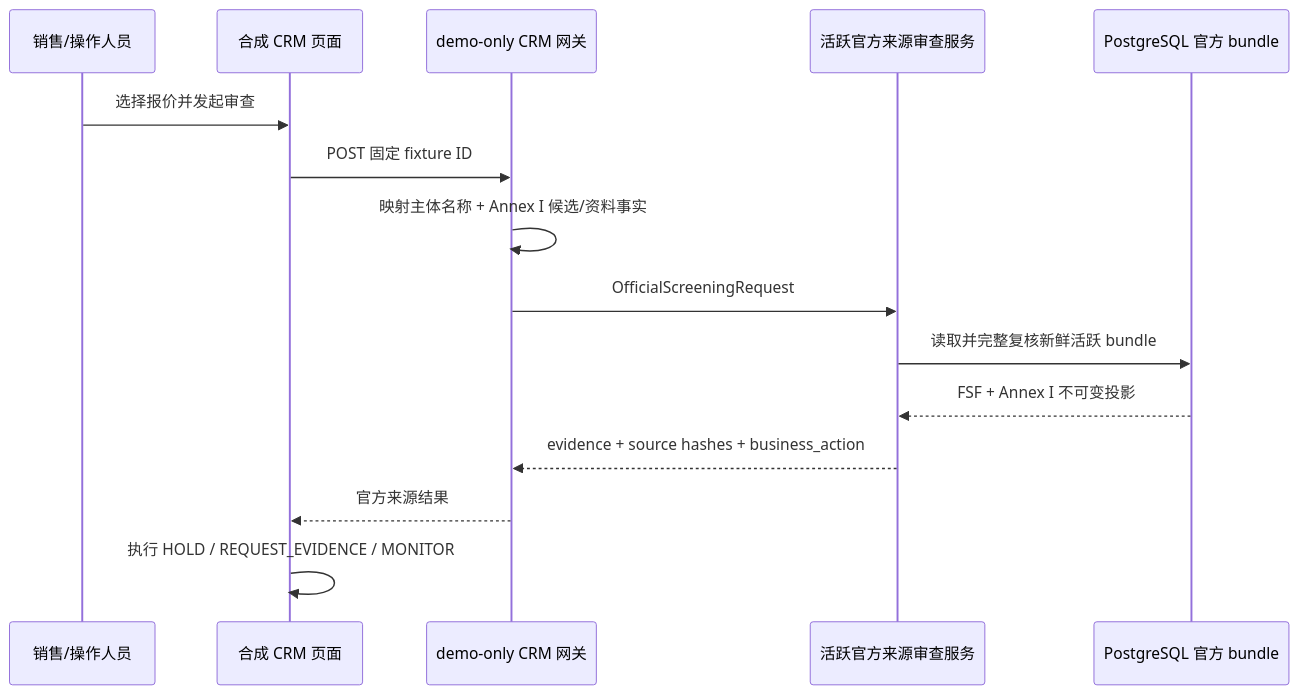
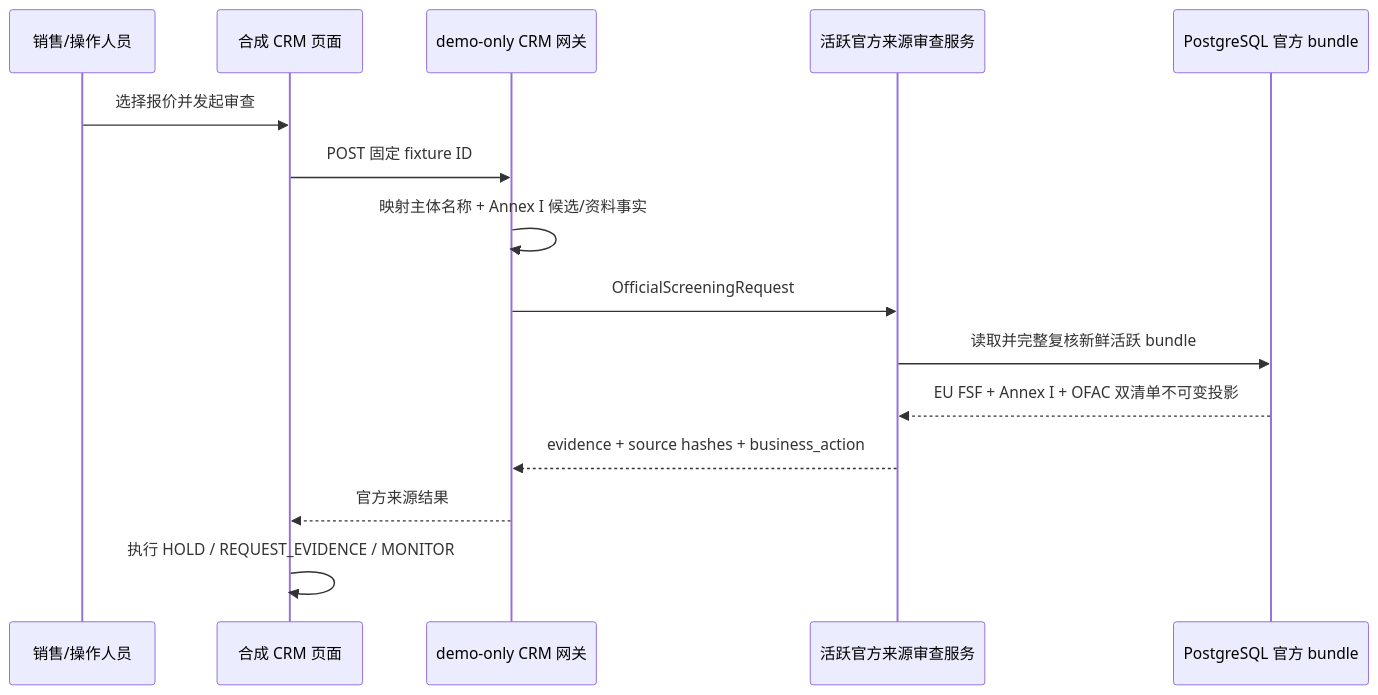
The diagram in docs/getting-started/demo-crm.md (fyaic/TradeSieve), drawn with Mermaid before and after one commit. The commit also changed other lines of this file and 44 other files, not shown here.

````diff
--- a/docs/getting-started/demo-crm.md
+++ b/docs/getting-started/demo-crm.md
@@ -67,18 +68,18 @@
 ```mermaid
 sequenceDiagram
     participant User as 销售/操作人员
     participant CRM as 合成 CRM 页面
     participant Demo as demo-only CRM 网关
     participant Service as 活跃官方来源审查服务
     participant DB as PostgreSQL 官方 bundle
 
     User->>CRM: 选择报价并发起审查
     CRM->>Demo: POST 固定 fixture ID
     Demo->>Demo: 映射主体名称 + Annex I 候选/资料事实
     Demo->>Service: OfficialScreeningRequest
     Service->>DB: 读取并完整复核新鲜活跃 bundle
-    DB-->>Service: FSF + Annex I 不可变投影
+    DB-->>Service: EU FSF + Annex I + OFAC 双清单不可变投影
     Service-->>Demo: evidence + source hashes + business_action
     Demo-->>CRM: 官方来源结果
     CRM->>CRM: 执行 HOLD / REQUEST_EVIDENCE / MONITOR
 ```
````
